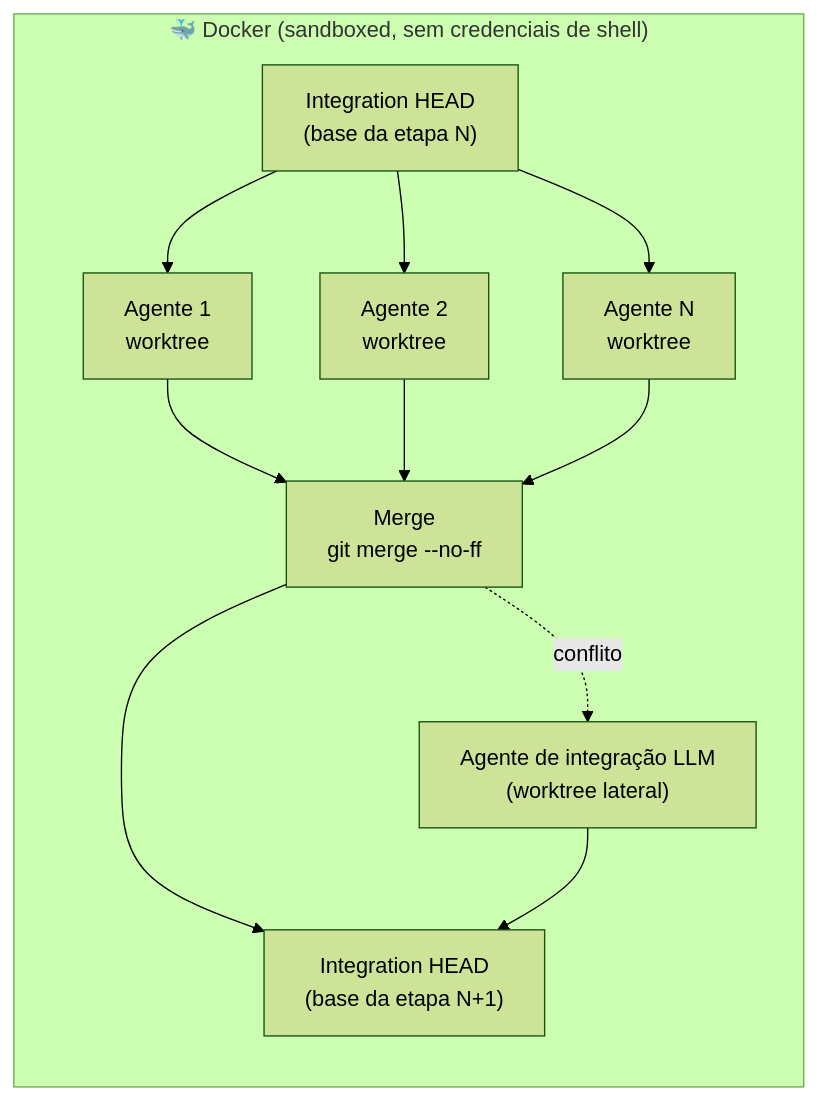
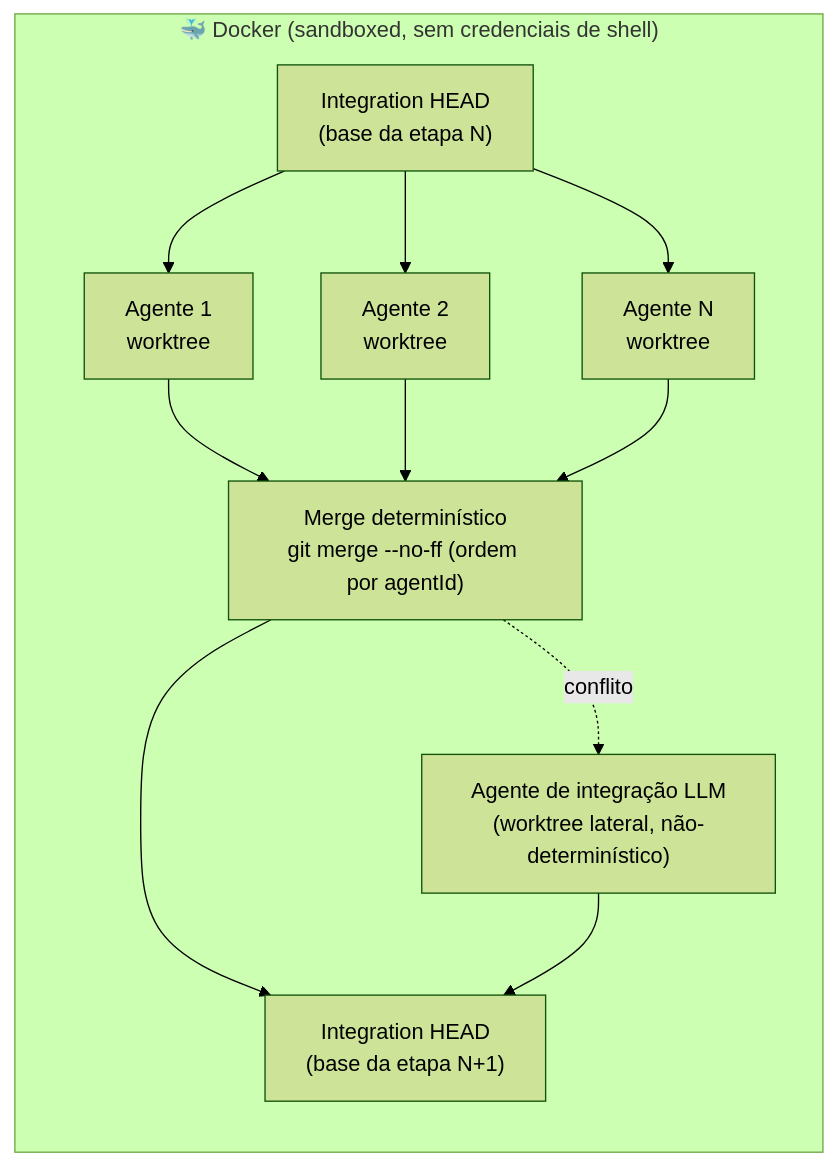
Before and after one commit to frederico-kluser/huu: the first of 3 diagrams in README.md, drawn with Mermaid (forest theme). The commit also changed other lines of this file and 6 other files, not shown here.

````diff
--- a/README.md
+++ b/README.md
@@ -209,16 +262,16 @@
 ```mermaid
 flowchart LR
     subgraph Docker["🐳 Docker (sandboxed, sem credenciais de shell)"]
         direction TB
         H["Integration HEAD<br/>(base da etapa N)"]
         H --> F1["Agente 1<br/>worktree"]
         H --> F2["Agente 2<br/>worktree"]
         H --> F3["Agente N<br/>worktree"]
-        F1 --> M["Merge<br/>git merge --no-ff"]
+        F1 --> M["Merge determinístico<br/>git merge --no-ff (ordem por agentId)"]
         F2 --> M
         F3 --> M
         M --> H2["Integration HEAD<br/>(base da etapa N+1)"]
-        M -. conflito .-> R["Agente de integração LLM<br/>(worktree lateral)"]
+        M -. conflito .-> R["Agente de integração LLM<br/>(worktree lateral, não-determinístico)"]
         R --> H2
     end
 ```
````
